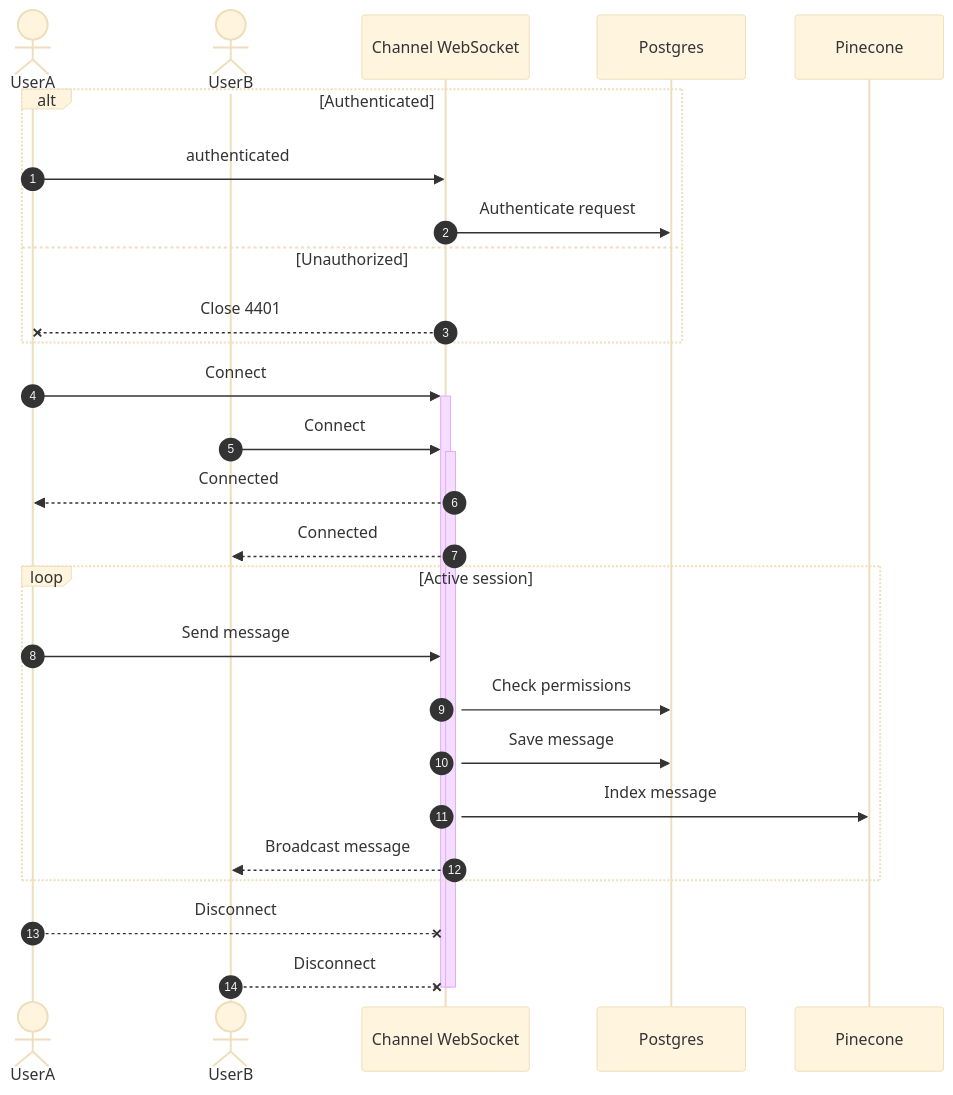
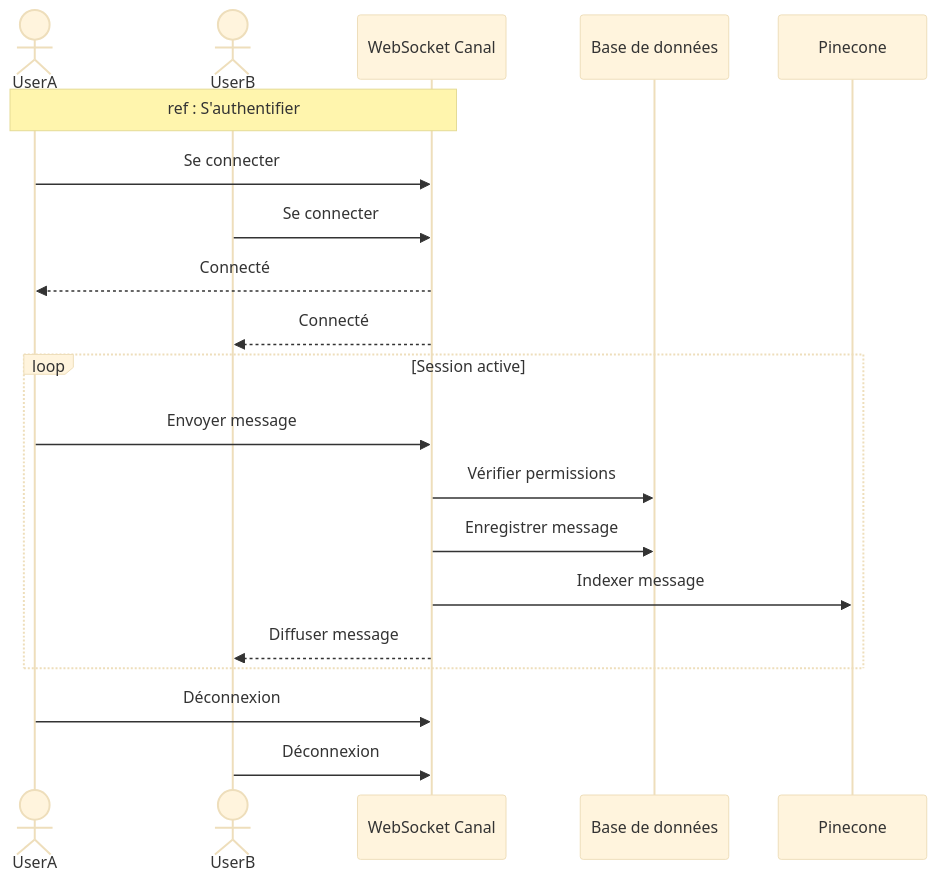
One commit to MohamedChebbi123/teamnest changed the ninth of 16 diagrams in docs/SEQUENCE_DIAGRAMS.md. Above: the diagram before and after it, drawn with Mermaid (base theme). The commit also changed other lines of this file, not shown here.

````diff
--- a/docs/SEQUENCE_DIAGRAMS.md
+++ b/docs/SEQUENCE_DIAGRAMS.md
@@ -316,34 +273,26 @@
 ```mermaid
 sequenceDiagram
-    autonumber
     actor UserA
     actor UserB
-    participant WS as Channel WebSocket
-    participant DB as Postgres
+    participant WS as WebSocket Canal
+    participant DB as Base de données
     participant Vec as Pinecone
 
-    alt Authenticated
-        UserA->>WS: authenticated
-        WS->>DB: Authenticate request
-    else Unauthorized
-        WS--xUserA: Close 4401
+    Note over UserA,WS: ref : S'authentifier
+
+    UserA->>WS: Se connecter
+    UserB->>WS: Se connecter
+    WS-->>UserA: Connecté
+    WS-->>UserB: Connecté
+
+    loop Session active
+        UserA->>WS: Envoyer message
+        WS->>DB: Vérifier permissions
+        WS->>DB: Enregistrer message
+        WS->>Vec: Indexer message
+        WS-->>UserB: Diffuser message
     end
 
-    UserA->>+WS: Connect
-    UserB->>+WS: Connect
-    WS-->>UserA: Connected
-    WS-->>UserB: Connected
-
-    loop Active session
-        UserA->>WS: Send message
-        WS->>DB: Check permissions
-        WS->>DB: Save message
-        WS->>Vec: Index message
-        WS-->>UserB: Broadcast message
-    end
-
-    UserA--xWS: Disconnect
-    UserB--xWS: Disconnect
-    deactivate WS
-    deactivate WS
+    UserA->>WS: Déconnexion
+    UserB->>WS: Déconnexion
 ```
````
